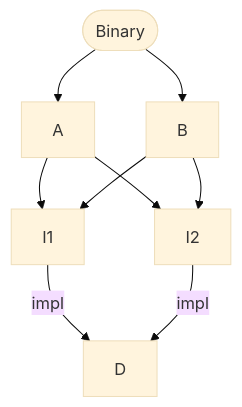
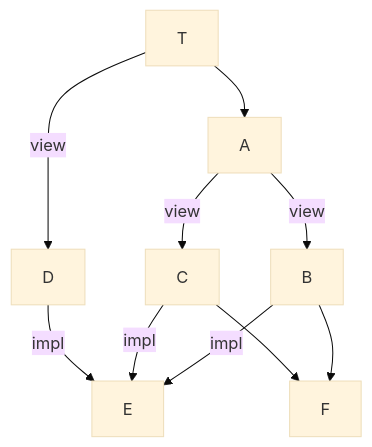
Before and after one commit to rust-lang/rfcs: the ninth of 11 diagrams in text/0000-extern-impl.md, drawn with Mermaid (base theme). The commit also changed other lines of this file, not shown here.

````diff
--- a/text/0000-extern-impl.md
+++ b/text/0000-extern-impl.md
@@ -239,6 +280,6 @@
 ```mermaid
 graph TB
-I1 & I2 -->|impl| D
-Bin([Binary]) --> A & B --> I1 & I2
-
+  T --> A -->|view| B & C -->|impl| E
+  B & C --> F
+  T -->|view| D -->|impl| E
 ```
````
